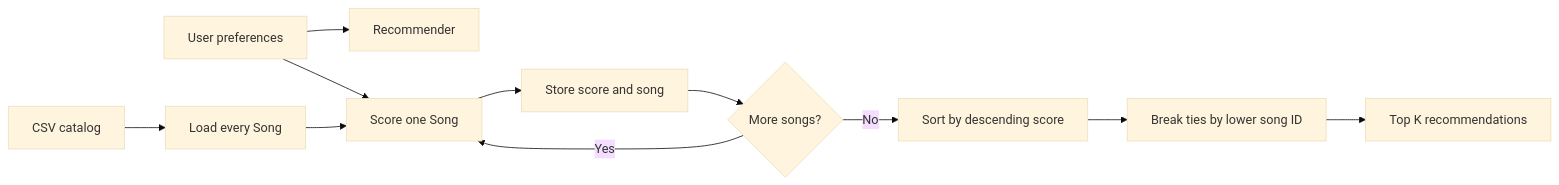
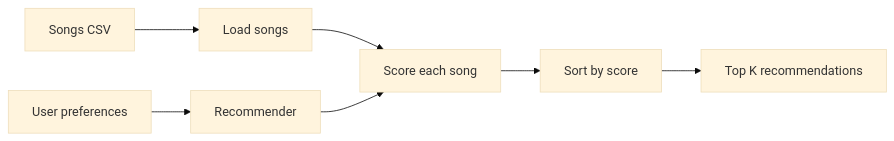
One commit to rsengupta2023/ai110-module3show-musicrecommendersimulation-starter changed the diagram in README.md. Above: the diagram before and after it, drawn with Mermaid (base theme). The commit also changed other lines of this file and 1 other file, not shown here.

````diff
--- a/README.md
+++ b/README.md
@@ -35,13 +21,9 @@
 ```mermaid
 flowchart LR
     A[User preferences] --> C[Recommender]
-    B[CSV catalog] --> D[Load every Song]
-    D --> E[Score one Song]
-    A --> E
-    E --> F[Store score and song]
-    F --> G{More songs?}
-    G -->|Yes| E
-    G -->|No| H[Sort by descending score]
-    H --> I[Break ties by lower song ID]
-    I --> J[Top K recommendations]
+    B[Songs CSV] --> D[Load songs]
+    D --> E[Score each song]
+    C --> E
+    E --> F[Sort by score]
+    F --> G[Top K recommendations]
 ```
````
